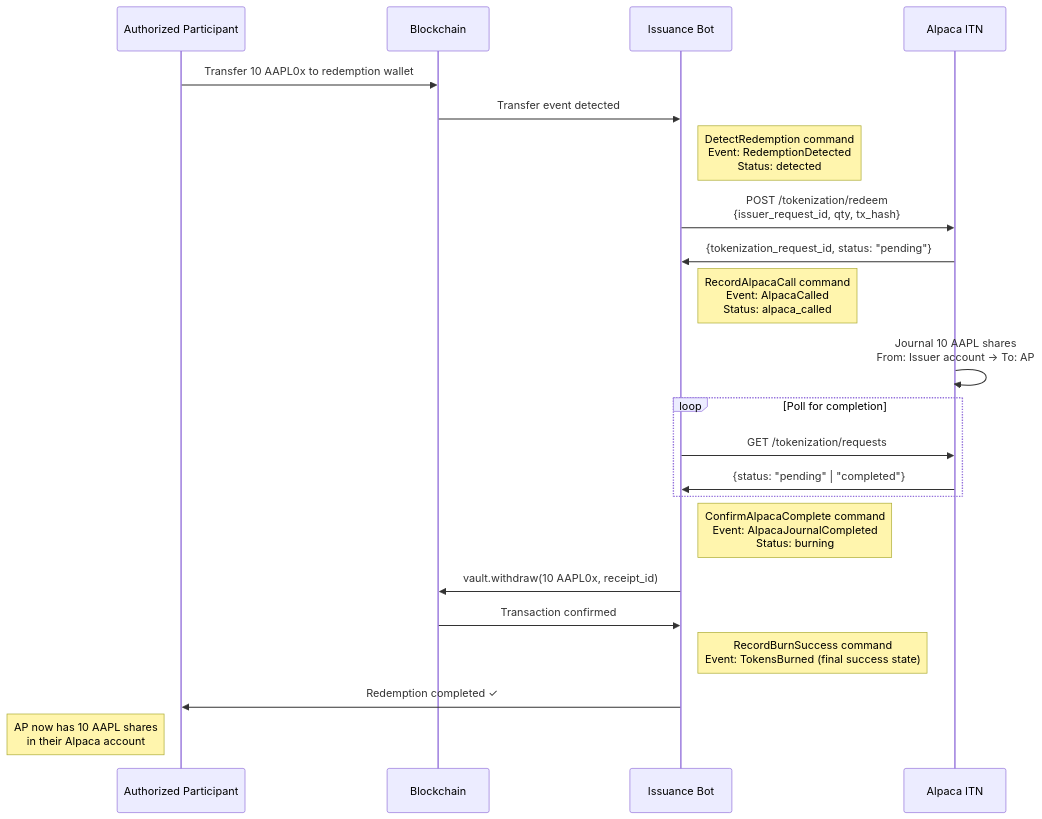
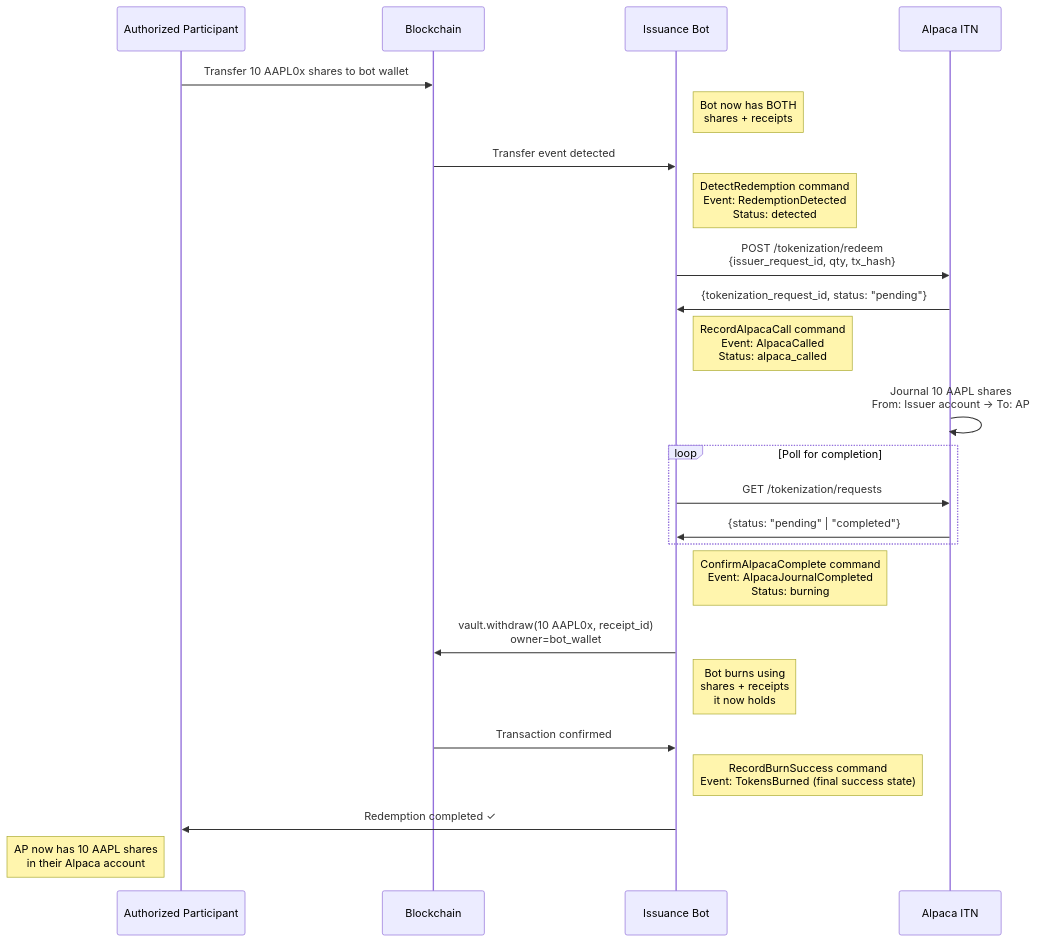
The fourth of 6 diagrams in SPEC.md (ST0x-Technology/st0x.issuance), drawn with Mermaid before and after one commit. The commit also changed other lines of this file, not shown here.

Commit message:
update the spec to reflect the correct mint flow

````diff
--- a/SPEC.md
+++ b/SPEC.md
@@ -770,31 +811,33 @@
 ```mermaid
 sequenceDiagram
     participant AP as Authorized Participant
     participant Blockchain as Blockchain
     participant Us as Issuance Bot
     participant Alpaca as Alpaca ITN
 
-    AP->>Blockchain: Transfer 10 AAPL0x to redemption wallet
+    AP->>Blockchain: Transfer 10 AAPL0x shares to bot wallet
+    Note right of Us: Bot now has BOTH<br/>shares + receipts
     Blockchain->>Us: Transfer event detected
     Note right of Us: DetectRedemption command<br/>Event: RedemptionDetected<br/>Status: detected
 
     Us->>Alpaca: POST /tokenization/redeem<br/>{issuer_request_id, qty, tx_hash}
     Alpaca->>Us: {tokenization_request_id, status: "pending"}
     Note right of Us: RecordAlpacaCall command<br/>Event: AlpacaCalled<br/>Status: alpaca_called
 
     Alpaca->>Alpaca: Journal 10 AAPL shares<br/>From: Issuer account → To: AP
 
     loop Poll for completion
         Us->>Alpaca: GET /tokenization/requests
         Alpaca->>Us: {status: "pending" | "completed"}
     end
 
     Note right of Us: ConfirmAlpacaComplete command<br/>Event: AlpacaJournalCompleted<br/>Status: burning
 
-    Us->>Blockchain: vault.withdraw(10 AAPL0x, receipt_id)
+    Us->>Blockchain: vault.withdraw(10 AAPL0x, receipt_id)<br/>owner=bot_wallet
+    Note right of Us: Bot burns using<br/>shares + receipts<br/>it now holds
     Blockchain->>Us: Transaction confirmed
     Note right of Us: RecordBurnSuccess command<br/>Event: TokensBurned (final success state)
 
     Us->>AP: Redemption completed ✓
     Note left of AP: AP now has 10 AAPL shares<br/>in their Alpaca account
 ```
````
